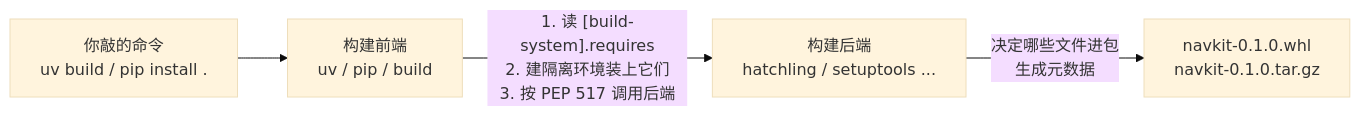
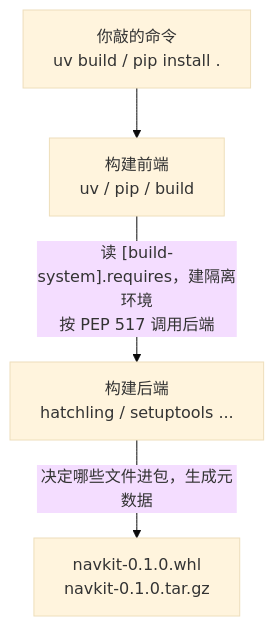
The eighth of 22 diagrams in _posts/research/2026-09-16-Python-Engineering-Survey.md (TingdeLiu/tingdeliu.github.io), drawn with Mermaid (base theme) before and after one commit. The commit also changed other lines of this file, not shown here.

````diff
--- a/_posts/research/2026-09-16-Python-Engineering-Survey.md
+++ b/_posts/research/2026-09-16-Python-Engineering-Survey.md
@@ -481,6 +480,6 @@
 ```mermaid
-flowchart LR
+flowchart TB
     U["你敲的命令<br/>uv build / pip install ."] --> FE["构建前端<br/>uv / pip / build"]
-    FE -->|"1. 读 [build-system].requires<br/>2. 建隔离环境装上它们<br/>3. 按 PEP 517 调用后端"| BE["构建后端<br/>hatchling / setuptools ..."]
-    BE -->|"决定哪些文件进包<br/>生成元数据"| ART["navkit-0.1.0.whl<br/>navkit-0.1.0.tar.gz"]
+    FE -->|"读 [build-system].requires，建隔离环境<br/>按 PEP 517 调用后端"| BE["构建后端<br/>hatchling / setuptools ..."]
+    BE -->|"决定哪些文件进包，生成元数据"| ART["navkit-0.1.0.whl<br/>navkit-0.1.0.tar.gz"]
 ```
````
